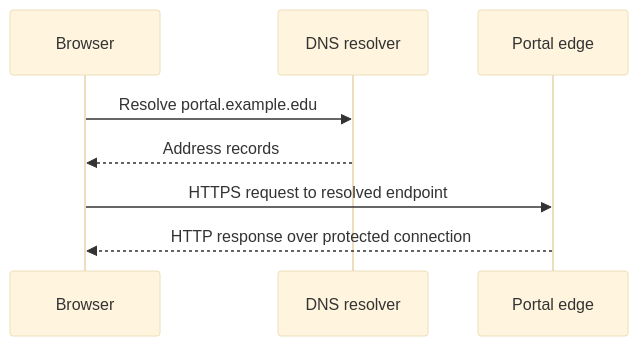
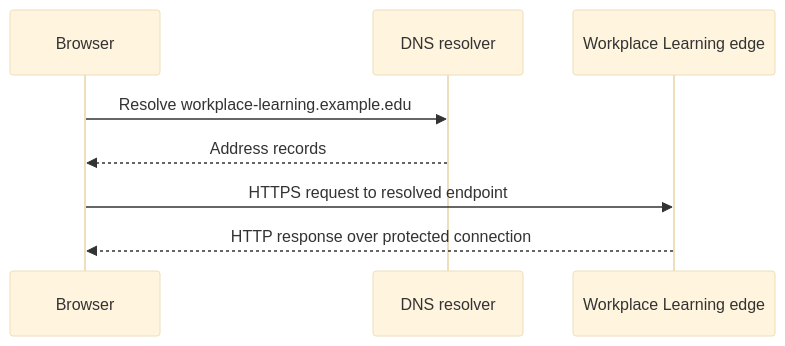
One commit to dhoubrechts/architectures_intro changed the first of 2 diagrams in course/02-networks-and-communication.md. Above: the diagram before and after it, drawn with Mermaid (base theme). The commit also changed other lines of this file and 43 other files, not shown here.

````diff
--- a/course/02-networks-and-communication.md
+++ b/course/02-networks-and-communication.md
@@ -57,10 +57,10 @@
 ```mermaid
 sequenceDiagram
     participant B as Browser
     participant R as DNS resolver
-    participant E as Portal edge
-    B->>R: Resolve portal.example.edu
+    participant E as Workplace Learning edge
+    B->>R: Resolve workplace-learning.example.edu
     R-->>B: Address records
     B->>E: HTTPS request to resolved endpoint
     E-->>B: HTTP response over protected connection
 ```
````
